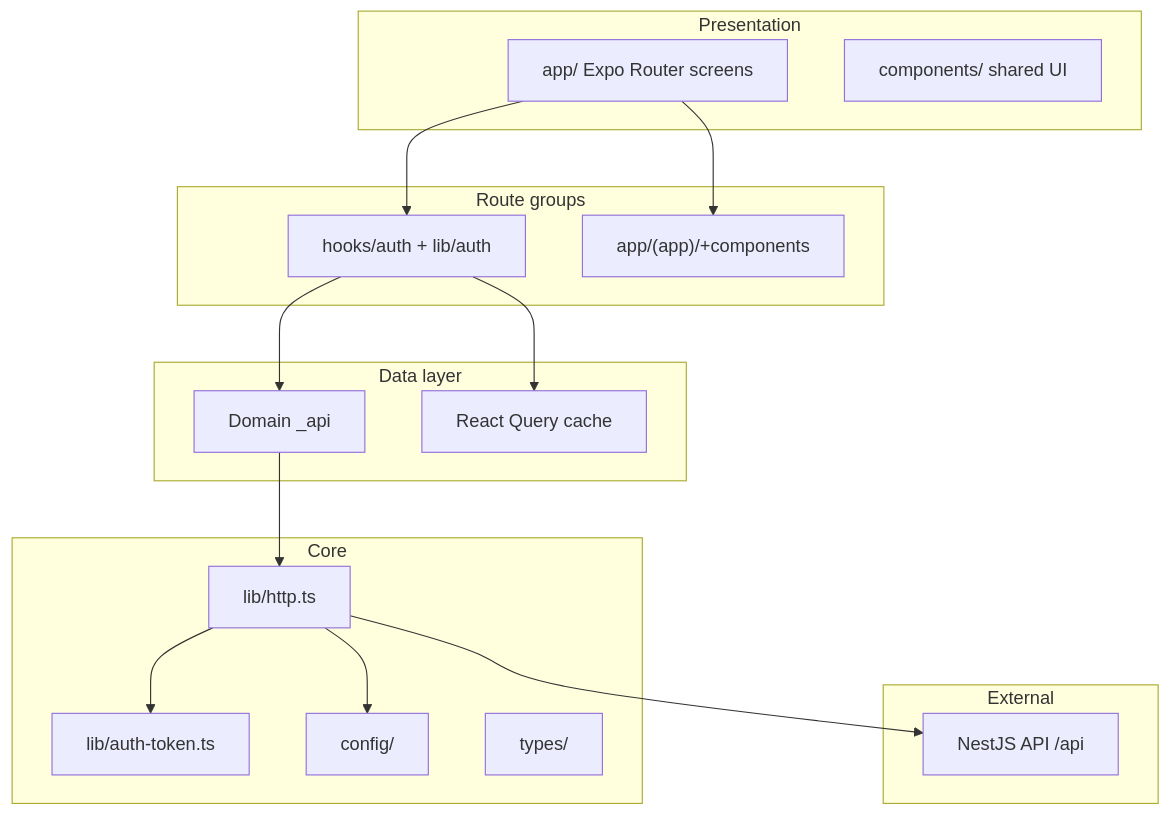
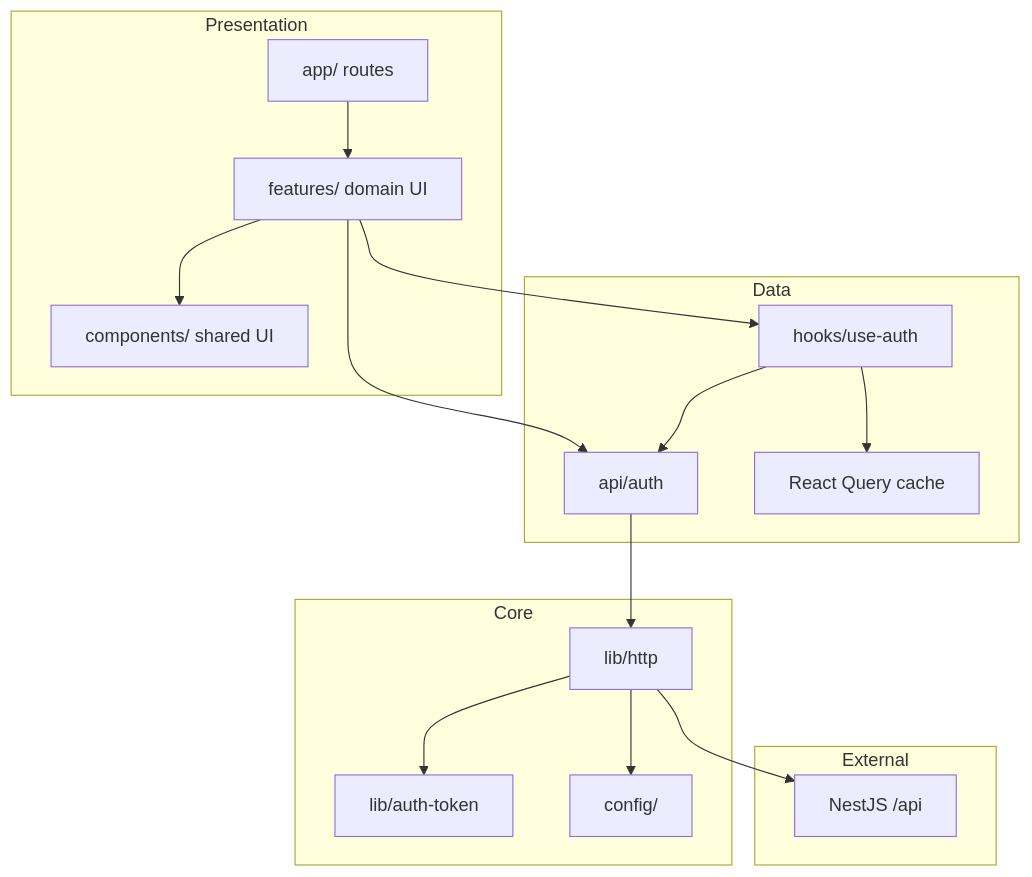
Before and after one commit to DoMAAA21/jobtracker-mobile: the first of 2 diagrams in docs/ARCHITECTURE.md, drawn with Mermaid. The commit also changed other lines of this file and 16 other files, not shown here.

Commit message:
Implement authentication API with login, logout, and user retrieval functions. Refactor authentication hooks and update layout and components to use new hooks. Enhance folder structure by consolidating authentication logic and updating related components for improved clarity and maintainability.

````diff
--- a/docs/ARCHITECTURE.md
+++ b/docs/ARCHITECTURE.md
@@ -31,37 +31,35 @@
 ```mermaid
 flowchart TB
   subgraph presentation [Presentation]
-    APP[app/ Expo Router screens]
+    APP[app/ routes]
+    FEAT[features/ domain UI]
     COMP[components/ shared UI]
   end
 
-  subgraph domains [Route groups]
-    AUTH["hooks/auth + lib/auth"]
-    MAIN["app/(app)/+components"]
-  end
-
-  subgraph data [Data layer]
-    SVC[Domain _api]
-    STORE[React Query cache]
+  subgraph data [Data]
+    API_MOD[api/auth]
+    HOOKS[hooks/use-auth]
+    RQ[React Query cache]
   end
 
   subgraph core [Core]
-    HTTP[lib/http.ts]
-    TOKEN[lib/auth-token.ts]
+    HTTP[lib/http]
+    TOKEN[lib/auth-token]
     CFG[config/]
-    TYPES[types/]
   end
 
   subgraph external [External]
-    API[NestJS API /api]
+    NEST[NestJS /api]
   end
 
-  APP --> AUTH
-  APP --> MAIN
-  AUTH --> SVC
-  SVC --> HTTP
+  APP --> FEAT
+  FEAT --> COMP
+  FEAT --> HOOKS
+  FEAT --> API_MOD
+  HOOKS --> API_MOD
+  API_MOD --> HTTP
   HTTP --> TOKEN
   HTTP --> CFG
-  HTTP --> API
-  AUTH --> STORE
+  HTTP --> NEST
+  HOOKS --> RQ
 ```
````
